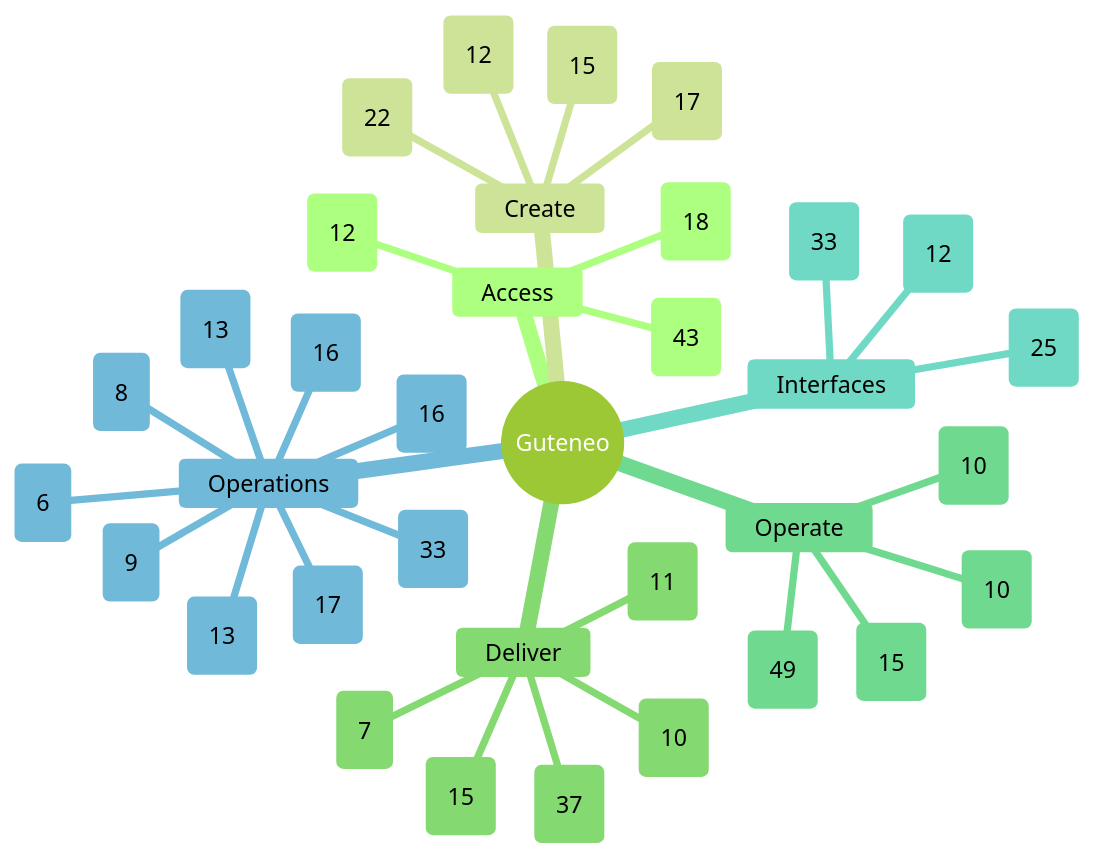
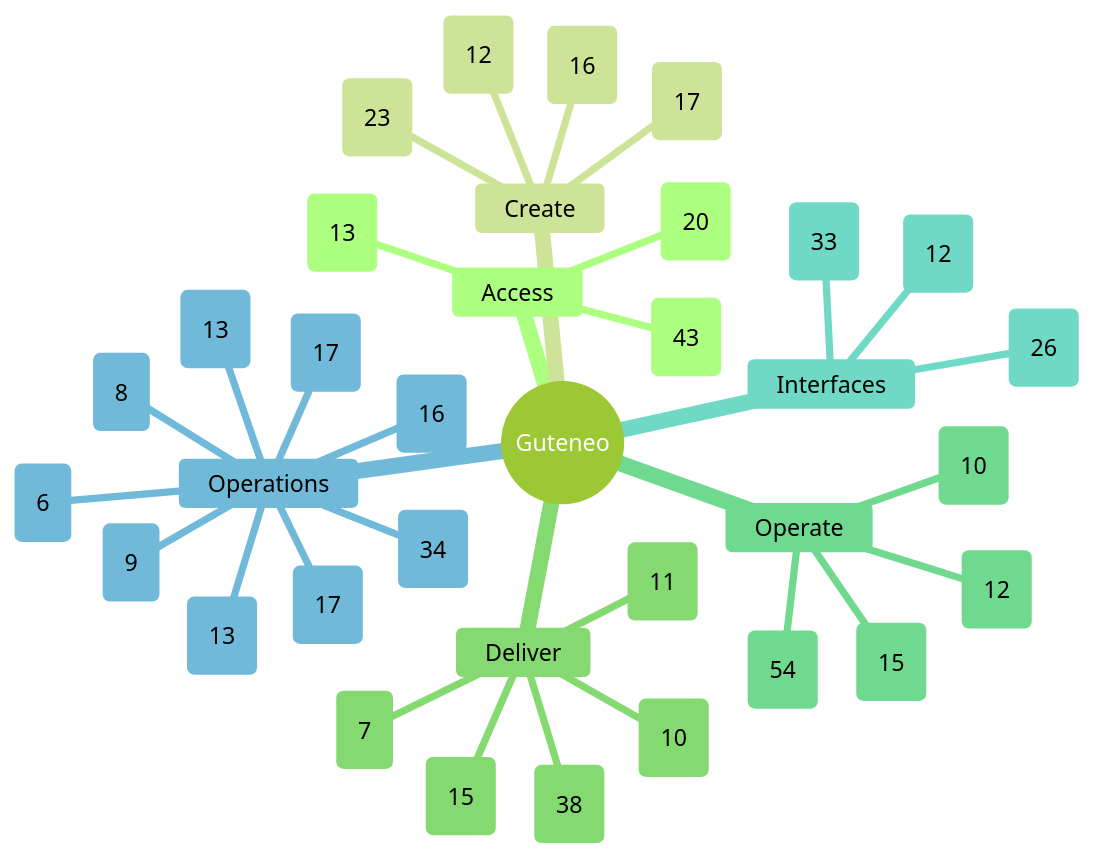
One commit to nclsppr/guteneo changed the diagram in docs/FEATURE_MAP.md. Above: the diagram before and after it, drawn with Mermaid (forest theme). The commit also changed other lines of this file and 238 other files, not shown here.

````diff
--- a/docs/FEATURE_MAP.md
+++ b/docs/FEATURE_MAP.md
@@ -13,38 +13,38 @@
 ```mermaid
 mindmap
   root((Guteneo))
     Access
       Access and identity (43)
-      Team and responsibilities (12)
-      Workspace administration and reports (18)
+      Team and responsibilities (13)
+      Workspace administration and reports (20)
     Create
-      Documents and protection (22)
-      Template studio (15)
+      Documents and protection (23)
+      Template studio (16)
       Data and mappings (12)
       PDF generation and distribution (17)
     Deliver
       Fax (10)
       Postal mail (11)
       Email and protected links (15)
-      Sensitive distribution and personal documents (37)
+      Sensitive distribution and personal documents (38)
       Dispatch dry run (7)
     Operate
       Campaigns and tracking (15)
       Credits and billing (10)
-      Workspace layout and browser appearance (49)
-      PDF verification (10)
+      Workspace layout and browser appearance (54)
+      PDF verification (12)
     Interfaces
       Assistants and API (33)
       iPhone and iPad (12)
-      Public pages, languages and appearance (25)
+      Public pages, languages and appearance (26)
     Operations
       Reviewer OAuth qualification (9)
-      Operations and reliability (33)
-      Belvédère platform oversight (16)
+      Operations and reliability (34)
+      Belvédère platform oversight (17)
       Public service status (16)
       Engineering documentation (13)
       Codex Cloud development (8)
       Continuous reviewer preparation (6)
       Automatic fax tariff maintenance (13)
       Consumed provider freshness and preventive deadline actions (17)
 ```
````
